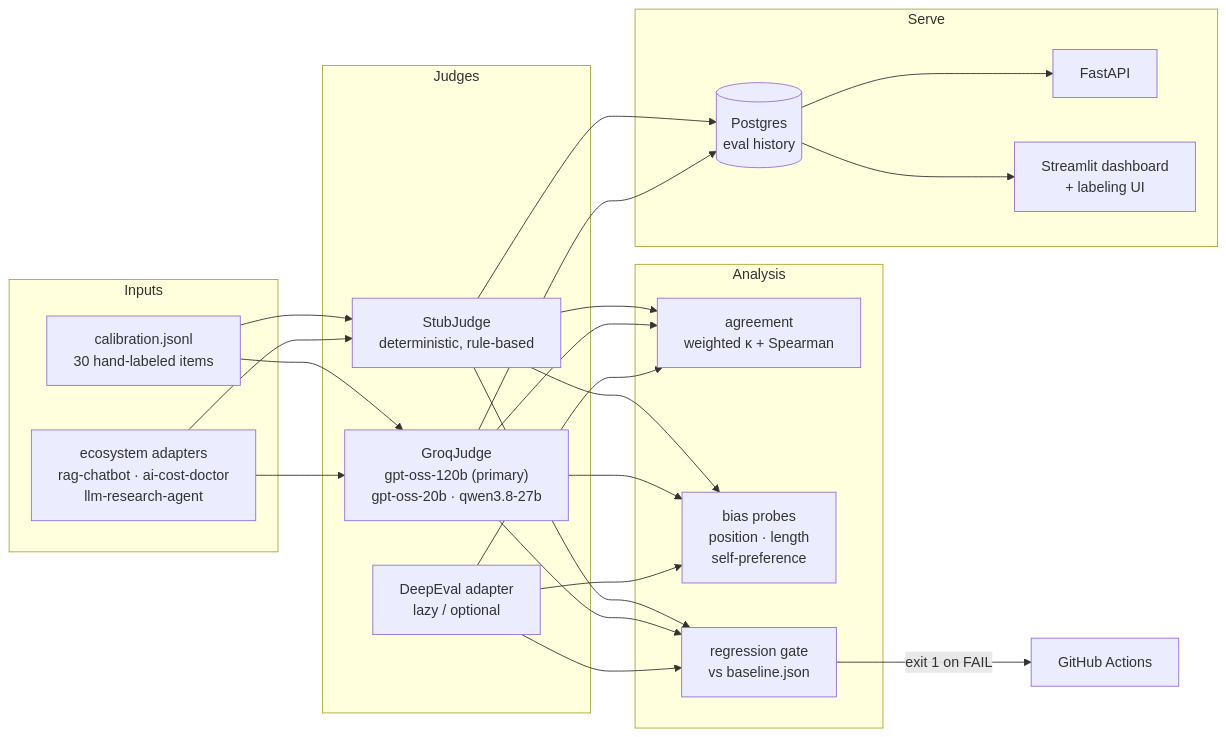
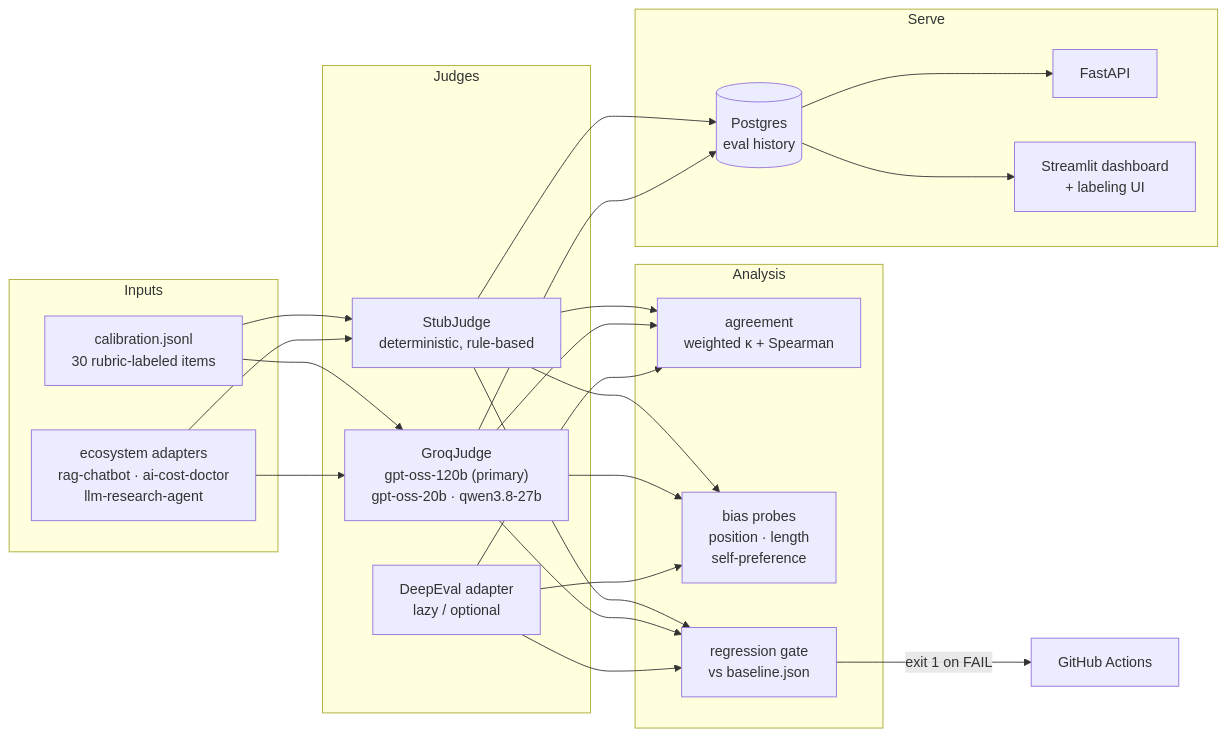
The first of 3 diagrams in README.md (rupak-eng/llm-evaluation-platform), drawn with Mermaid before and after one commit. The commit also changed other lines of this file and 4 other files, not shown here.

````diff
--- a/README.md
+++ b/README.md
@@ -19,28 +19,28 @@
 ```mermaid
 flowchart LR
     subgraph inputs ["Inputs"]
-        CAL["calibration.jsonl\n30 hand-labeled items"]
+        CAL["calibration.jsonl\n30 rubric-labeled items"]
         ECO["ecosystem adapters\nrag-chatbot · ai-cost-doctor\nllm-research-agent"]
     end
     subgraph judges ["Judges"]
         STUB["StubJudge\ndeterministic, rule-based"]
         GROQ["GroqJudge\ngpt-oss-120b (primary)\ngpt-oss-20b · qwen3.8-27b"]
         DE["DeepEval adapter\nlazy / optional"]
     end
     subgraph analysis ["Analysis"]
         AGR["agreement\nweighted κ + Spearman"]
         BIAS["bias probes\nposition · length\nself-preference"]
         REG["regression gate\nvs baseline.json"]
     end
     subgraph serve ["Serve"]
         PG[("Postgres\neval history")]
         API["FastAPI"]
         DASH["Streamlit dashboard\n+ labeling UI"]
     end
     CAL --> STUB & GROQ
     ECO --> STUB & GROQ
     STUB & GROQ & DE --> AGR & BIAS & REG
     STUB & GROQ --> PG
     PG --> API & DASH
     REG -->|"exit 1 on FAIL"| CI["GitHub Actions"]
 ```
````
